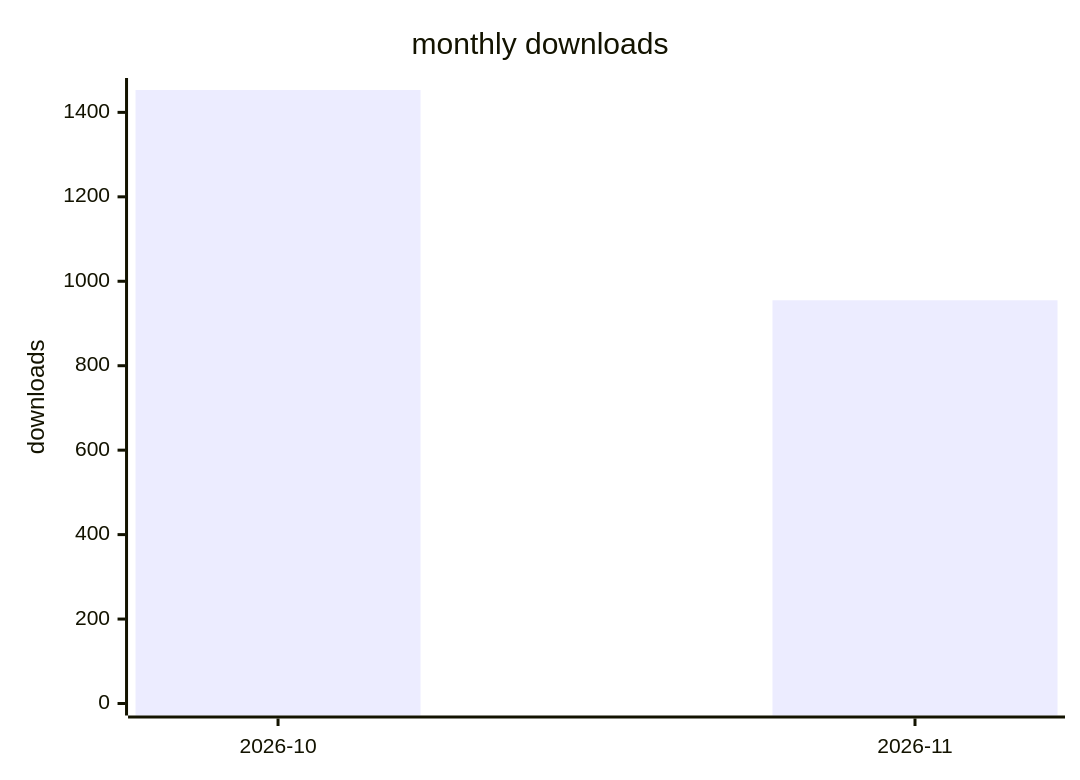
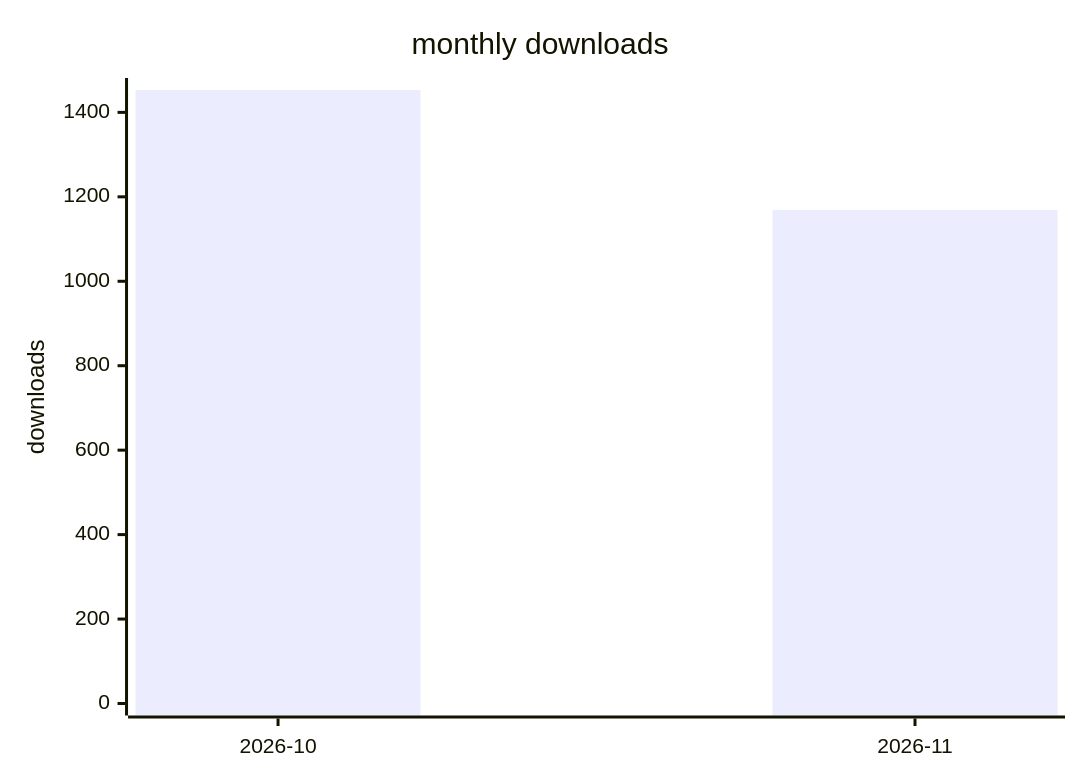
Before and after one commit to terry2010/dsh-loop-recover: the second of 2 diagrams in docs/downloads-2026.md, drawn with Mermaid. The commit also changed other lines of this file and 1 other file, not shown here.

````diff
--- a/docs/downloads-2026.md
+++ b/docs/downloads-2026.md
@@ -29,7 +29,7 @@
 ```mermaid
 xychart-beta
     title "monthly downloads"
     x-axis ["2026-10", "2026-11"]
     y-axis "downloads" 0 --> 1453
-    bar [1453, 955]
+    bar [1453, 1169]
 ```
````
